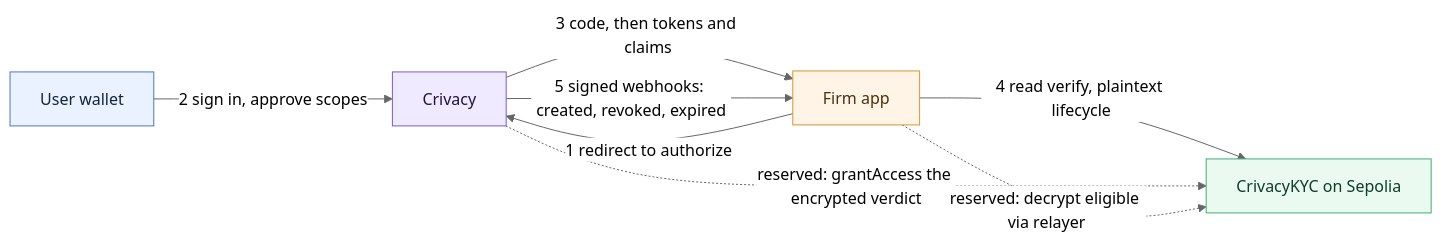
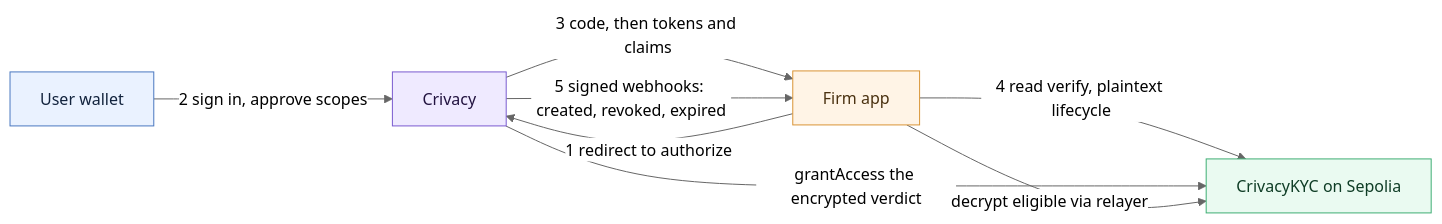
One commit to UfukNode/Crivacy-FHE changed the ninth of 9 diagrams in README.md. Above: the diagram before and after it, drawn with Mermaid (neutral theme). The commit also changed other lines of this file, not shown here.

First line of the commit message:
docs: mark the per-firm eligibility verdict as active

````diff
--- a/README.md
+++ b/README.md
@@ -517,24 +517,24 @@
 ```mermaid
 flowchart LR
     U[User wallet]
     F[Firm app]
     CR[Crivacy]
     K[CrivacyKYC on Sepolia]
 
     F -->|1 redirect to authorize| CR
     U -->|2 sign in, approve scopes| CR
     CR -->|3 code, then tokens and claims| F
     F -->|4 read verify, plaintext lifecycle| K
-    CR -.->|reserved: grantAccess the encrypted verdict| K
-    F -.->|reserved: decrypt eligible via relayer| K
+    CR -->|grantAccess the encrypted verdict| K
+    F -->|decrypt eligible via relayer| K
     CR -->|5 signed webhooks: created, revoked, expired| F
 
     classDef user fill:#eaf2ff,stroke:#4a78c0,color:#12233d
     classDef criv fill:#efeaff,stroke:#7a5bd0,color:#221340
     classDef firm fill:#fff4e6,stroke:#d99436,color:#4a3110
     classDef chain fill:#eafaf1,stroke:#3fae74,color:#0f3d26
     class U user
     class CR criv
     class F firm
     class K chain
 ```
````
